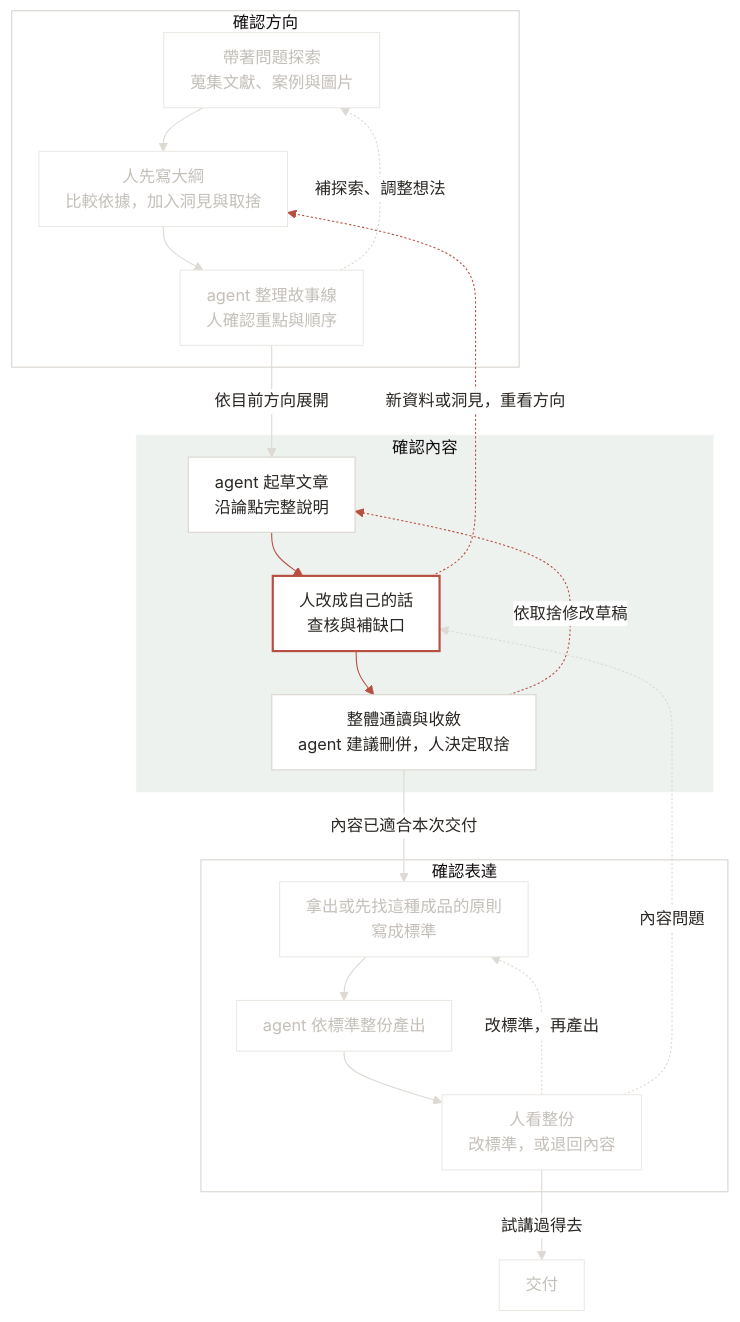
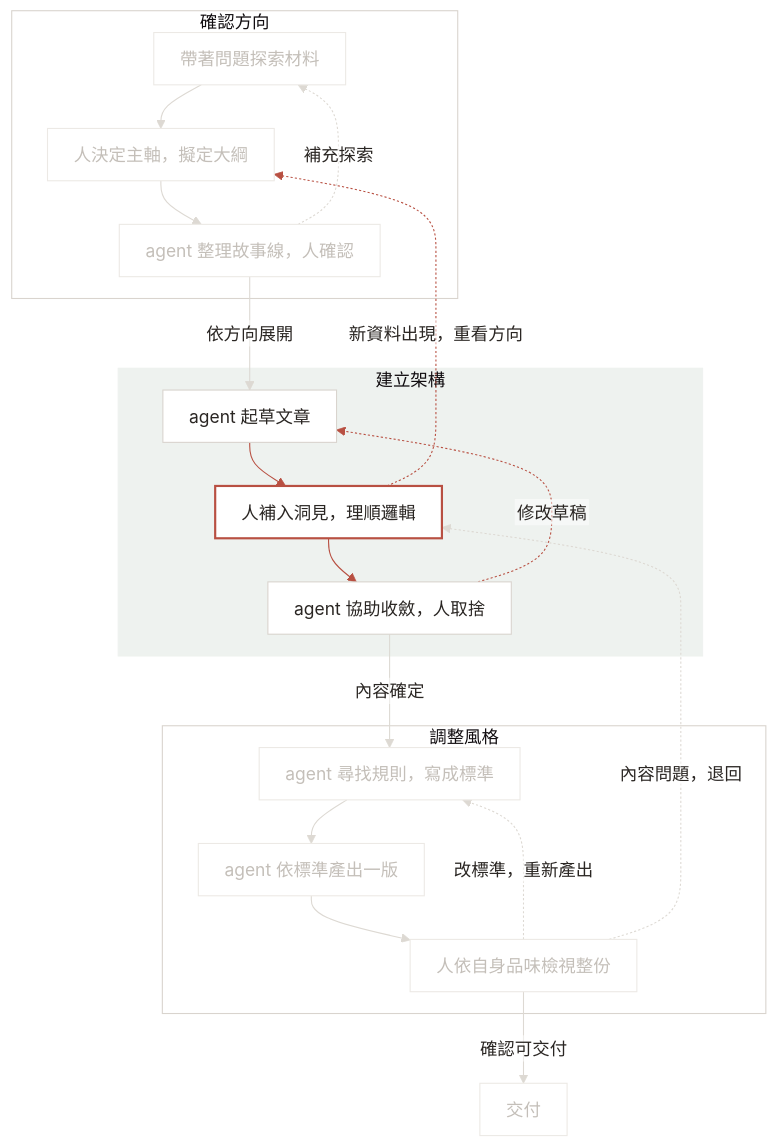
The diagram in assets/week2-diagrams/three-loops-h2.mmd (jimmy60504/agentic-knowledge-work), drawn with Mermaid before and after one commit. The commit also changed 17 other files, not shown here.

First line of the commit message:
三圈定名確認方向、建立架構、調整風格，圖改 mermaid 直式並修文字

```diff
--- a/assets/week2-diagrams/three-loops-h2.mmd
+++ b/assets/week2-diagrams/three-loops-h2.mmd
@@ -1,34 +1,34 @@
-%%{init: {"theme": "base", "themeVariables": {"fontFamily": "PingFang TC, sans-serif", "fontSize": "15px", "primaryColor": "#FFFFFF", "primaryTextColor": "#2A2623", "primaryBorderColor": "#D9D4CE", "lineColor": "#6B6560", "clusterBkg": "#EEF2EF", "clusterBorder": "#EEF2EF", "edgeLabelBackground": "#FFFFFF", "tertiaryColor": "#EEF2EF"}, "flowchart": {"curve": "basis", "nodeSpacing": 30, "rankSpacing": 40, "padding": 12}}}%%
+%%{init: {"theme": "base", "themeVariables": {"fontFamily": "PingFang TC, sans-serif", "fontSize": "16px", "primaryColor": "#FFFFFF", "primaryTextColor": "#2A2623", "primaryBorderColor": "#D9D4CE", "lineColor": "#6B6560", "clusterBkg": "#EEF2EF", "clusterBorder": "#EEF2EF", "edgeLabelBackground": "#FFFFFF", "tertiaryColor": "#EEF2EF"}, "flowchart": {"htmlLabels": false, "curve": "basis", "nodeSpacing": 30, "rankSpacing": 40, "padding": 12}}}%%
 flowchart TD
     subgraph L1["確認方向"]
-        A["帶著問題探索<br/>蒐集文獻、案例與圖片"] --> B["人先寫大綱<br/>比較依據，加入洞見與取捨"]
-        B --> C["agent 整理故事線<br/>人確認重點與順序"]
-        C -. 補探索、調整想法 .-> A
+        A["帶著問題探索材料"] --> B["人決定主軸，擬定大綱"]
+        B --> C["agent 整理故事線，人確認"]
+        C -. 補充探索 .-> A
     end
-    C -->|依目前方向展開| D
-    subgraph L2["確認內容"]
-        D["agent 起草文章<br/>沿論點完整說明"] --> E["人改成自己的話<br/>查核與補缺口"]
-        E --> F["整體通讀與收斂<br/>agent 建議刪併，人決定取捨"]
-        F -. 依取捨修改草稿 .-> D
+    C -->|依方向展開| D
+    subgraph L2["建立架構"]
+        D["agent 起草文章"] --> E["人補入洞見，理順邏輯"]
+        E --> F["agent 協助收斂，人取捨"]
+        F -. 修改草稿 .-> D
     end
-    E -. 新資料或洞見，重看方向 .-> B
-    F -->|內容已適合本次交付| I
-    subgraph L3["確認表達"]
-        I["拿出或先找這種成品的原則<br/>寫成標準"] --> J["agent 依標準整份產出"]
-        J --> K["人看整份<br/>改標準，或退回內容"]
-        K -. 改標準，再產出 .-> I
+    E -. 新資料出現，重看方向 .-> B
+    F -->|內容確定| K
+    subgraph L3["調整風格"]
+        K["agent 尋找規則，寫成標準"] --> I["agent 依標準產出一版"]
+        I --> J["人依自身品味檢視整份"]
+        J -. 改標準，重新產出 .-> K
     end
-    K -. 內容問題 .-> E
-    K -->|試講過得去| L["交付"]
+    J -. 內容問題，退回 .-> E
+    J -->|確認可交付| L["交付"]
     style A fill:#FFFFFF,stroke:#ECE9E5,color:#C4BFB9
     style B fill:#FFFFFF,stroke:#ECE9E5,color:#C4BFB9
     style C fill:#FFFFFF,stroke:#ECE9E5,color:#C4BFB9
     style I fill:#FFFFFF,stroke:#ECE9E5,color:#C4BFB9
     style J fill:#FFFFFF,stroke:#ECE9E5,color:#C4BFB9
     style K fill:#FFFFFF,stroke:#ECE9E5,color:#C4BFB9
     style L fill:#FFFFFF,stroke:#ECE9E5,color:#C4BFB9
     style L1 fill:#FFFFFF,stroke:#D9D4CE
     style L3 fill:#FFFFFF,stroke:#D9D4CE
     linkStyle 0,1,2,3,8,9,10,11,12,13 stroke:#DDD9D3
     linkStyle 4,5,6,7 stroke:#B85042
     style E stroke:#B85042,stroke-width:2px
```
